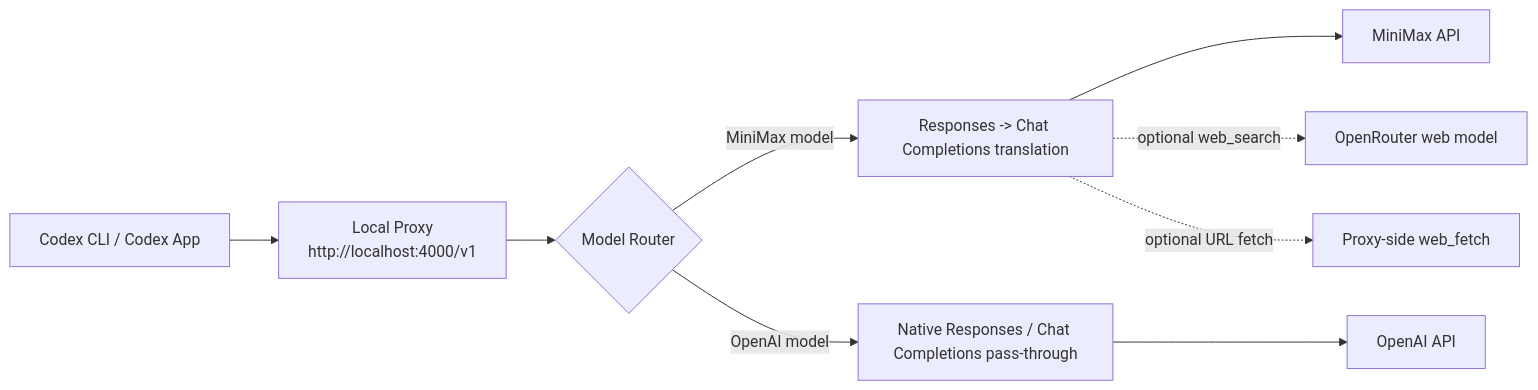
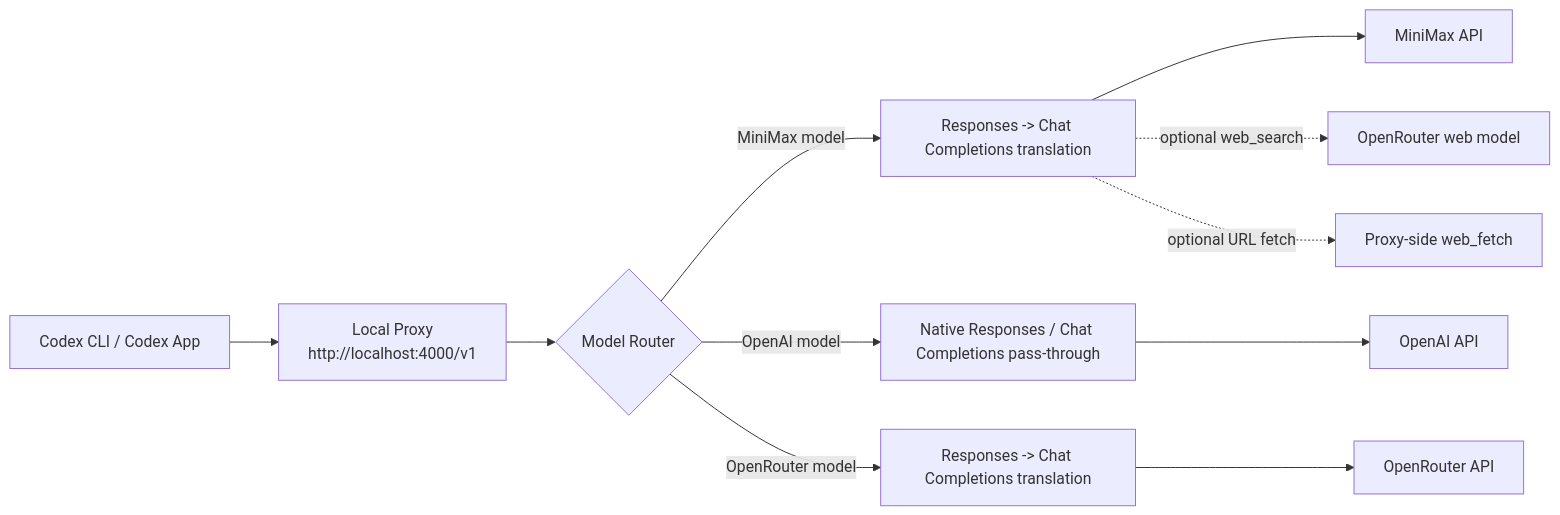
One commit to DevvGwardo/codex-minimax-proxy changed the first of 5 diagrams in README.md. Above: the diagram before and after it, drawn with Mermaid. The commit also changed other lines of this file and 2 other files, not shown here.

````diff
--- a/README.md
+++ b/README.md
@@ -38,11 +39,13 @@
 ```mermaid
 flowchart LR
     A[Codex CLI / Codex App] --> B[Local Proxy<br/>http://localhost:4000/v1]
     B --> C{Model Router}
     C -->|MiniMax model| D[Responses -> Chat Completions translation]
     D --> E[MiniMax API]
     C -->|OpenAI model| F[Native Responses / Chat Completions pass-through]
     F --> G[OpenAI API]
-    D -. optional web_search .-> H[OpenRouter web model]
+    C -->|OpenRouter model| H[Responses -> Chat Completions translation]
+    H --> J[OpenRouter API]
+    D -. optional web_search .-> K[OpenRouter web model]
     D -. optional URL fetch .-> I[Proxy-side web_fetch]
 ```
````
